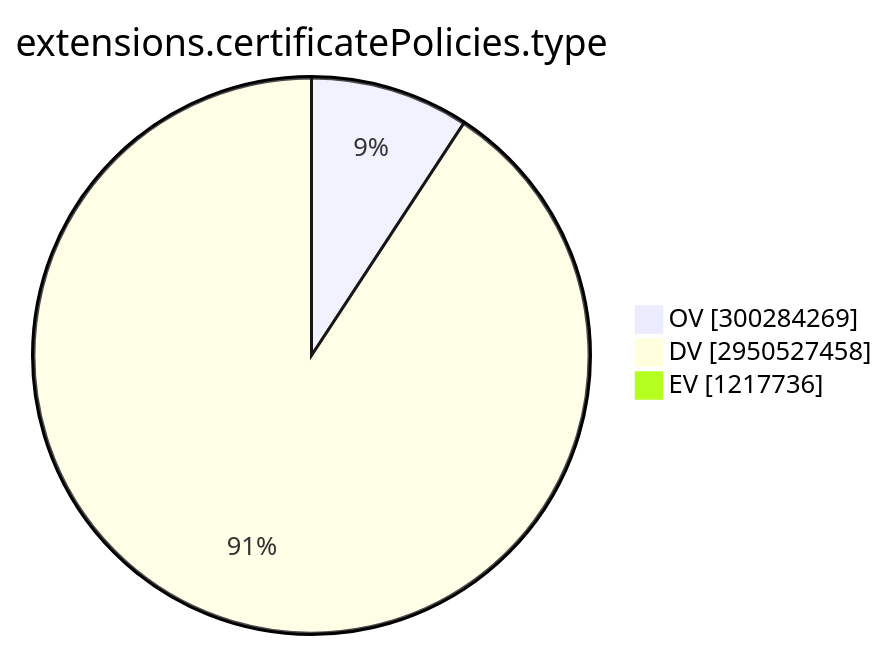
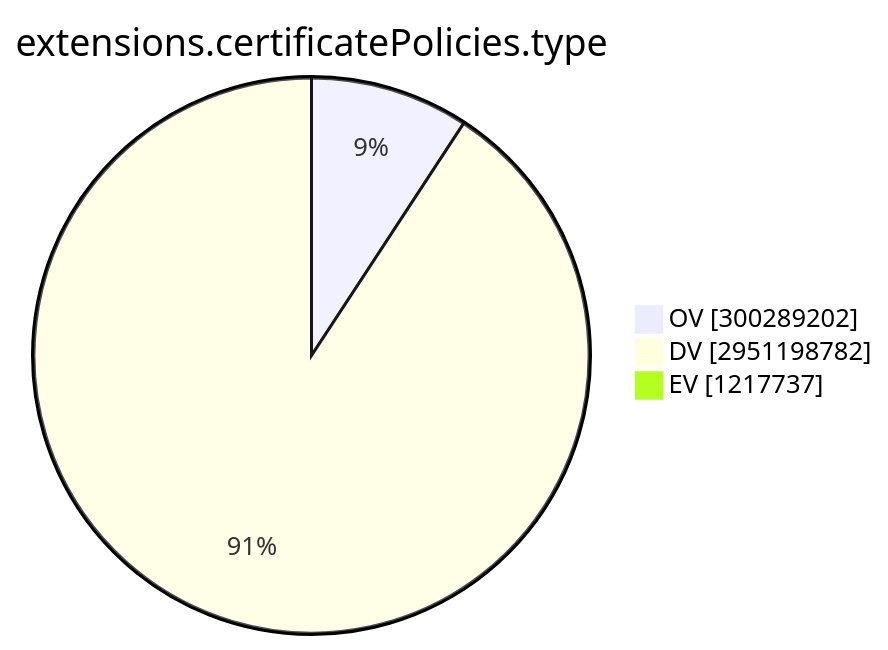
One commit to christiankrug/ctmonitor_visualization changed the ninth of 15 diagrams in TOTAL/README.md. Above: the diagram before and after it, drawn with Mermaid. The commit also changed other lines of this file, not shown here.

````diff
--- a/TOTAL/README.md
+++ b/TOTAL/README.md
@@ -3101,7 +3101,7 @@
 ```mermaid
 pie showData
 title extensions.certificatePolicies.type
-"OV" :300284269
-"DV" :2950527458
-"EV" :1217736
+"OV" :300289202
+"DV" :2951198782
+"EV" :1217737
 ```
````
